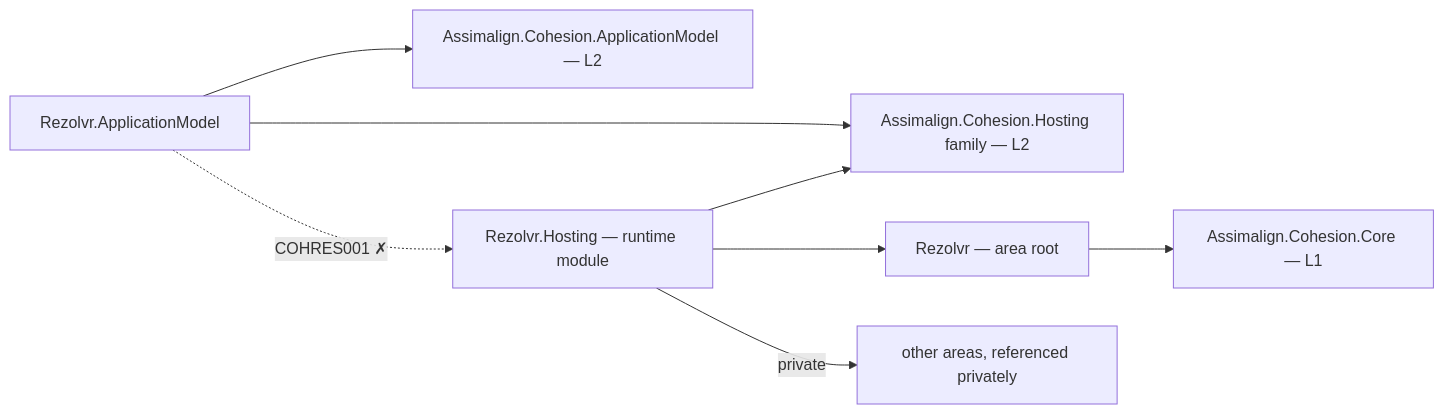
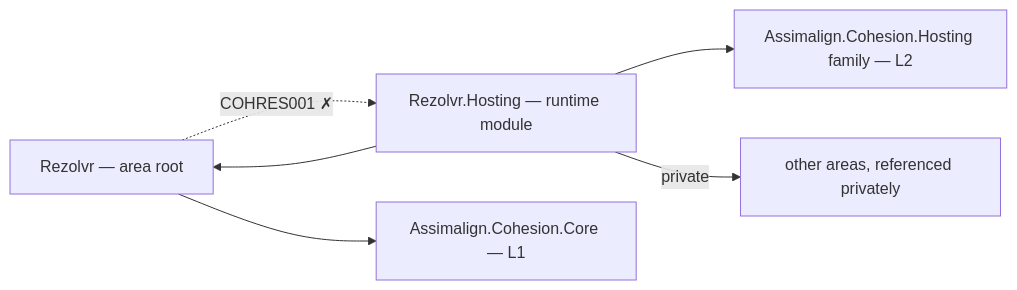
Before and after one commit to assimalign/cohesion: the diagram in resources/Rezolvr/README.md, drawn with Mermaid. The commit also changed other lines of this file and 441 other files, not shown here.

````diff
--- a/resources/Rezolvr/README.md
+++ b/resources/Rezolvr/README.md
@@ -14,17 +14,13 @@
 ```mermaid
 flowchart LR
     P0["Rezolvr — area root"]
-    P1["Rezolvr.ApplicationModel"]
     P3["Rezolvr.Hosting — runtime module"]
     CORE["Assimalign.Cohesion.Core — L1"]
     HOSTFAM["Assimalign.Cohesion.Hosting family — L2"]
-    APPMODEL["Assimalign.Cohesion.ApplicationModel — L2"]
     PRIV["other areas, referenced privately"]
     P0 --> CORE
-    P1 --> APPMODEL
-    P1 --> HOSTFAM
     P3 --> HOSTFAM
     P3 --> P0
     P3 -->|"private"| PRIV
-    P1 -.->|"COHRES001 ✗"| P3
+    P0 -.->|"COHRES001 ✗"| P3
 ```
````
